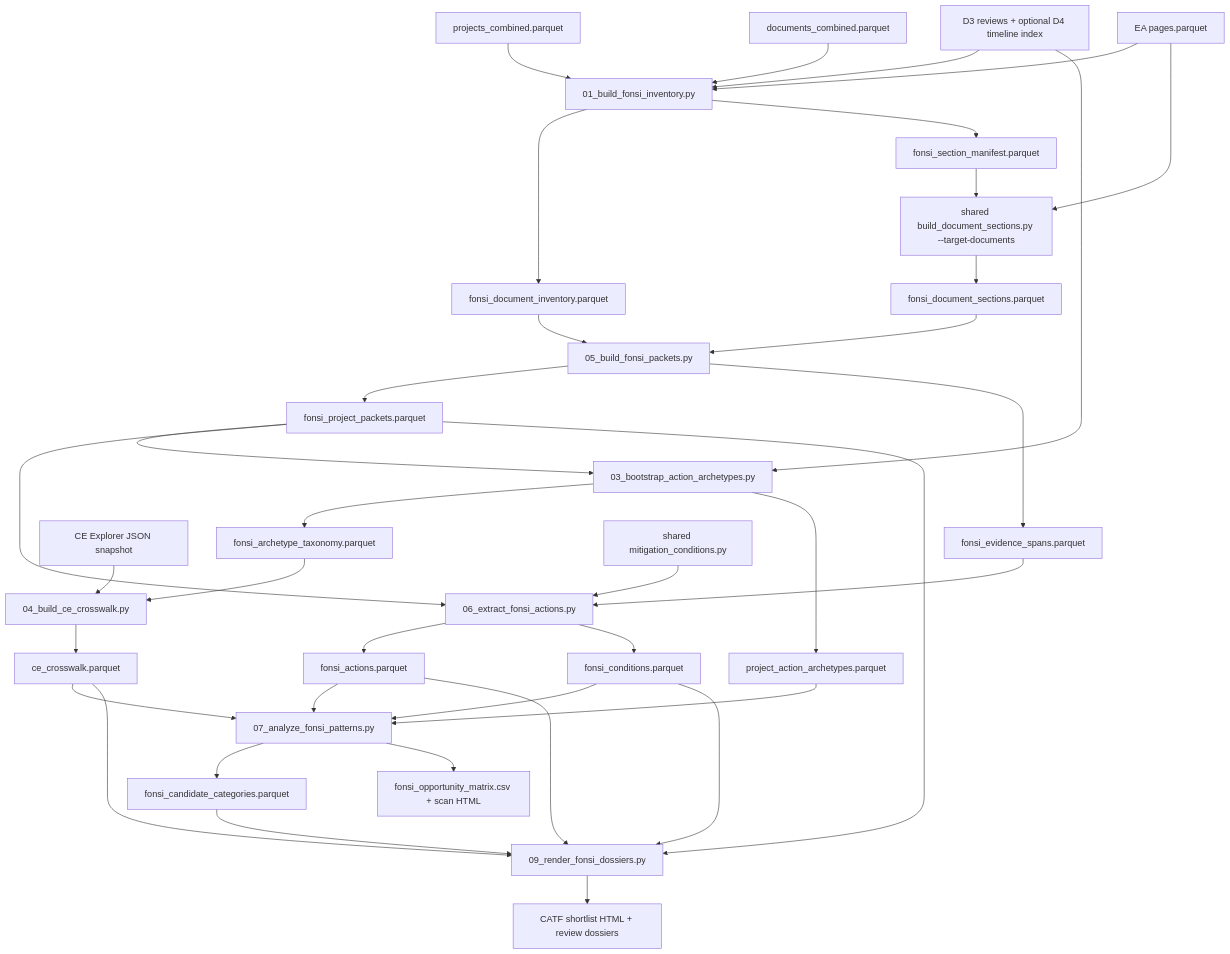
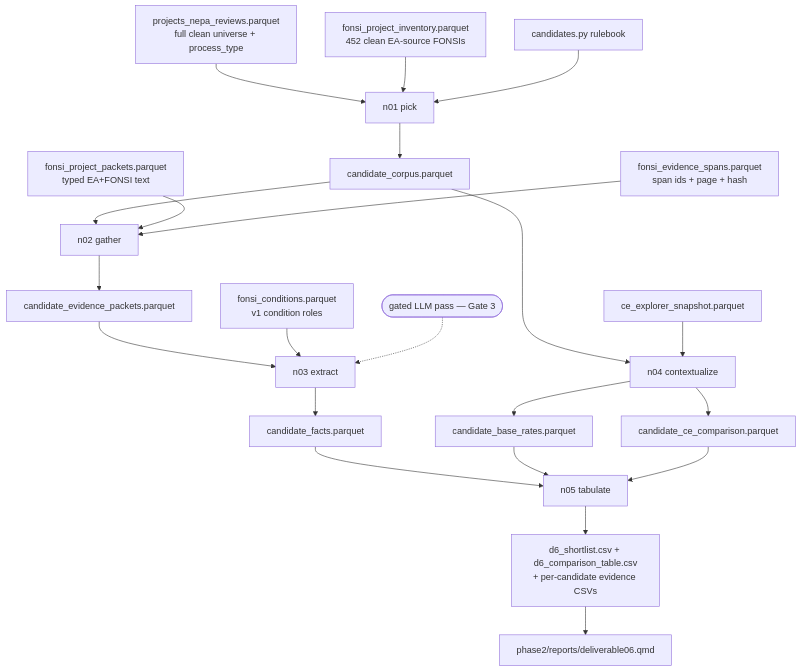
One commit to kaseyzapatka/nepa changed the diagram in phase2/architecture/deliverables/deliverable06.md. Above: the diagram before and after it, drawn with Mermaid. The commit also changed other lines of this file and 10 other files, not shown here.

````diff
--- a/phase2/architecture/deliverables/deliverable06.md
+++ b/phase2/architecture/deliverables/deliverable06.md
@@ -47,47 +96,28 @@
 ```mermaid
 flowchart TD
-    A[projects_combined.parquet] --> B[01_build_fonsi_inventory.py]
-    C[documents_combined.parquet] --> B
-    D[EA pages.parquet] --> B
-    E[D3 reviews + optional D4 timeline index] --> B
-    B --> F[fonsi_document_inventory.parquet]
-    B --> G[fonsi_section_manifest.parquet]
+    R[projects_nepa_reviews.parquet<br/>full clean universe + process_type] --> N1[n01 pick]
+    I[fonsi_project_inventory.parquet<br/>452 clean EA-source FONSIs] --> N1
+    CFG[candidates.py rulebook] --> N1
+    N1 --> C[candidate_corpus.parquet]
 
-    G --> H[shared build_document_sections.py --target-documents]
-    D --> H
-    H --> I[fonsi_document_sections.parquet]
+    C --> N2[n02 gather]
+    P[fonsi_project_packets.parquet<br/>typed EA+FONSI text] --> N2
+    S[fonsi_evidence_spans.parquet<br/>span ids + page + hash] --> N2
+    N2 --> EV[candidate_evidence_packets.parquet]
 
-    E --> J[03_bootstrap_action_archetypes.py]
-    J --> K[fonsi_archetype_taxonomy.parquet]
-    J --> L[project_action_archetypes.parquet]
+    EV --> N3[n03 extract]
+    COND[fonsi_conditions.parquet<br/>v1 condition roles] --> N3
+    LLM([gated LLM pass — Gate 3]) -.-> N3
+    N3 --> F[candidate_facts.parquet]
 
-    M[CE Explorer JSON snapshot] --> N[04_build_ce_crosswalk.py]
-    K --> N
-    N --> O[ce_crosswalk.parquet]
+    C --> N4[n04 contextualize]
+    CE[ce_explorer_snapshot.parquet] --> N4
+    N4 --> BR[candidate_base_rates.parquet]
+    N4 --> XC[candidate_ce_comparison.parquet]
 
-    F --> P[05_build_fonsi_packets.py]
-    I --> P
-    P --> Q[fonsi_project_packets.parquet]
-    P --> R[fonsi_evidence_spans.parquet]
-
-    Q --> J
-    Q --> S[06_extract_fonsi_actions.py]
-    R --> S
-    T[shared mitigation_conditions.py] --> S
-    S --> U[fonsi_actions.parquet]
-    S --> V[fonsi_conditions.parquet]
-
-    L --> W[07_analyze_fonsi_patterns.py]
-    O --> W
-    U --> W
-    V --> W
-    W --> X[fonsi_candidate_categories.parquet]
-    W --> Y[fonsi_opportunity_matrix.csv + scan HTML]
-
-    X --> Z[09_render_fonsi_dossiers.py]
-    Q --> Z
-    U --> Z
-    V --> Z
-    O --> Z
-    Z --> AA[CATF shortlist HTML + review dossiers]
+    F --> N5[n05 tabulate]
+    BR --> N5
+    XC --> N5
+    N5 --> OUT[d6_shortlist.csv + d6_comparison_table.csv<br/>+ per-candidate evidence CSVs]
+    OUT --> QMD[phase2/reports/deliverable06.qmd]
 ```
````
